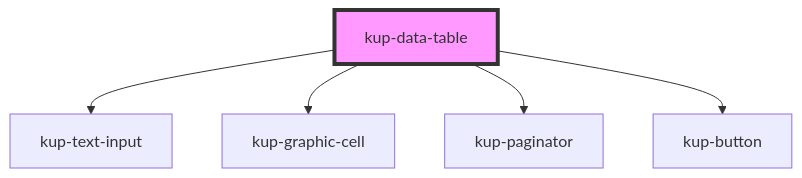
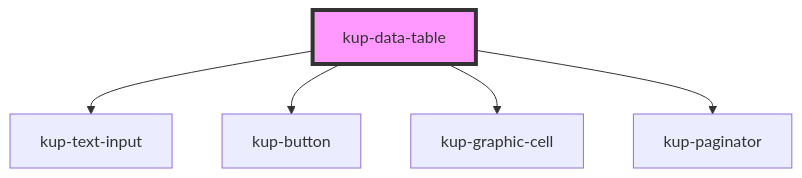
One commit to smeup/ketchup changed the diagram in packages/ketchup/src/components/kup-data-table/readme.md. Above: the diagram before and after it, drawn with Mermaid. The commit also changed other lines of this file and 4 other files, not shown here.

Commit message:
Extracted createJ4objButtonConfig into a separate file so that it can be used in the whole project. First draft of kupDataTableCellButtonClick event. Still missing event declaration and final implementation.

````diff
--- a/packages/ketchup/src/components/kup-data-table/readme.md
+++ b/packages/ketchup/src/components/kup-data-table/readme.md
@@ -120,8 +120,8 @@
 ```mermaid
 graph TD;
   kup-data-table --> kup-text-input
+  kup-data-table --> kup-button
   kup-data-table --> kup-graphic-cell
   kup-data-table --> kup-paginator
-  kup-data-table --> kup-button
   style kup-data-table fill:#f9f,stroke:#333,stroke-width:4px
 ```
````
